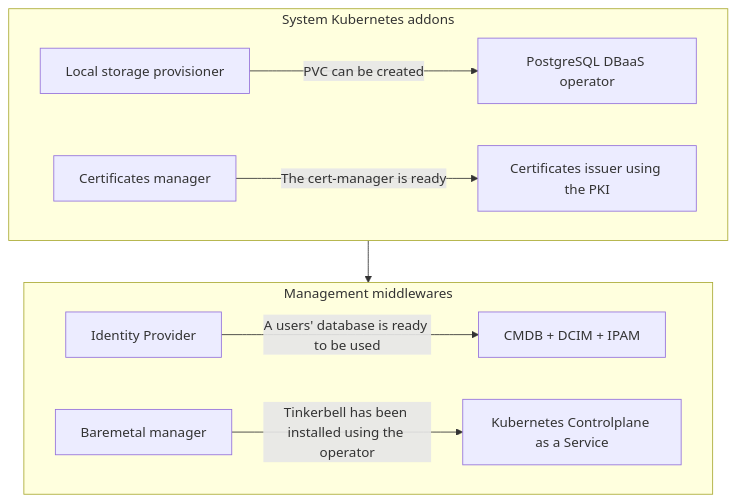
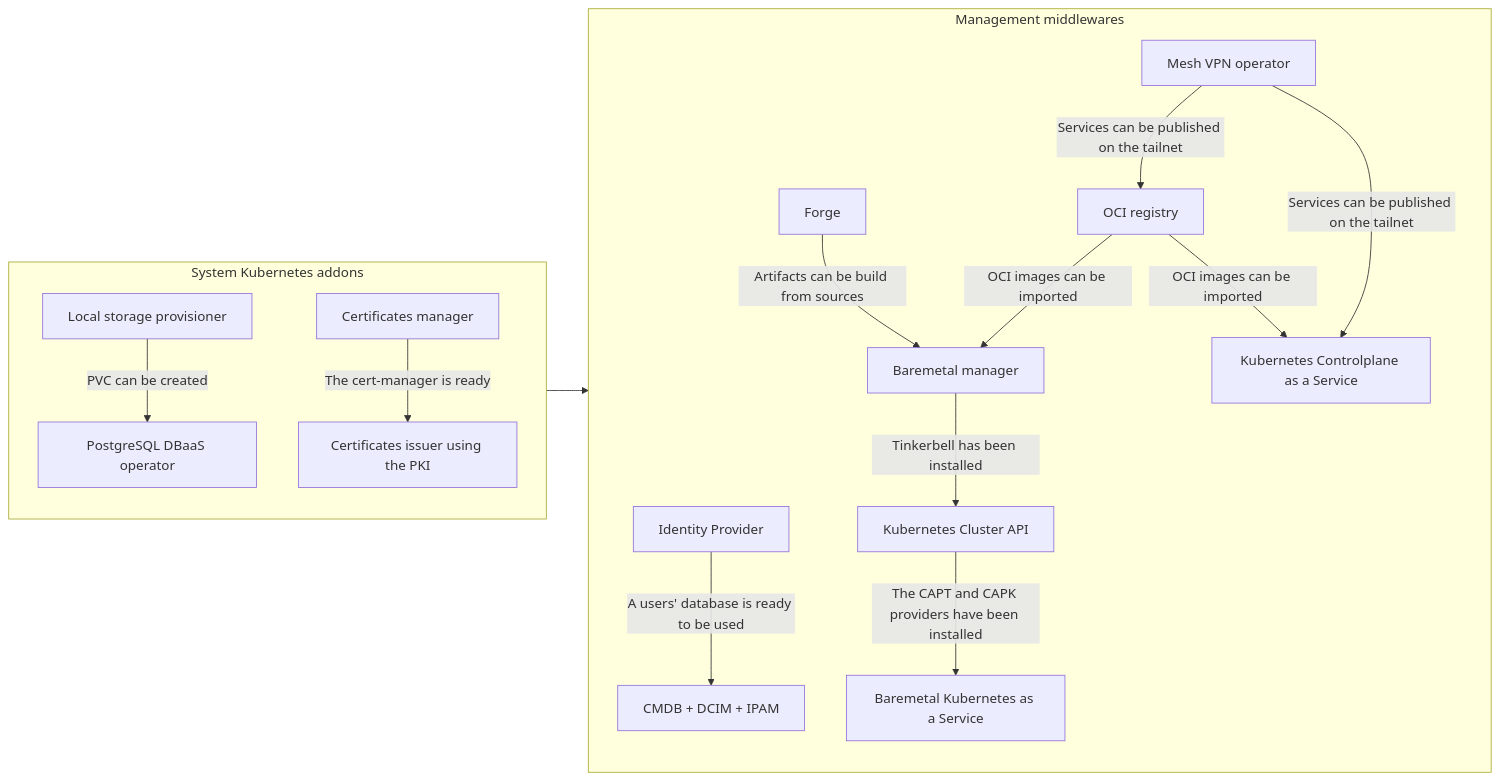
The fifth of 5 diagrams in ring0/README.md (mgrzybek/micro-cloud), drawn with Mermaid before and after one commit. The commit also changed 4 other files, not shown here.

Commit message:
ring0: add and explain MaaS to the documentation and flowchart

````diff
--- a/ring0/README.md
+++ b/ring0/README.md
@@ -120,14 +120,18 @@
 ```mermaid
-graph
+flowchart LR
     subgraph system["System Kubernetes addons"]
         storage["Local storage provisioner"] -- PVC can be created        --> cnpg["PostgreSQL DBaaS operator"]
         cert-manager["Certificates manager"] -- The cert-manager is ready --> cert-issuer["Certificates issuer using the PKI"]
     end
 
     subgraph middlewares["Management middlewares"]
-        authentik["Identity Provider"] -- A users' database is ready to be used     --> netbox["CMDB + DCIM + IPAM"]
-        tinkerbell["Baremetal manager"] -- Tinkerbell has been installed using the operator --> kamaji["Kubernetes Controlplane as a Service"]
+        authentik["Identity Provider"] -- A users' database is ready to be used --> netbox["CMDB + DCIM + IPAM"]
+        forge["Forge"] -- Artifacts can be build from sources --> tinkerbell
+        zot["OCI registry"] -- OCI images can be imported --> kamaji["Kubernetes Controlplane as a Service"]
+        zot -- OCI images can be imported --> tinkerbell["Baremetal manager"] -- Tinkerbell has been installed --> clusterapi["Kubernetes Cluster API"] -- The CAPT and CAPK providers have been installed --> kaas["Baremetal Kubernetes as a Service"]
+        tailscale["Mesh VPN operator"] -- Services can be published on the tailnet --> zot
+        tailscale["Mesh VPN operator"] -- Services can be published on the tailnet -->  kamaji
     end
 
     system --> middlewares
 ```
````
